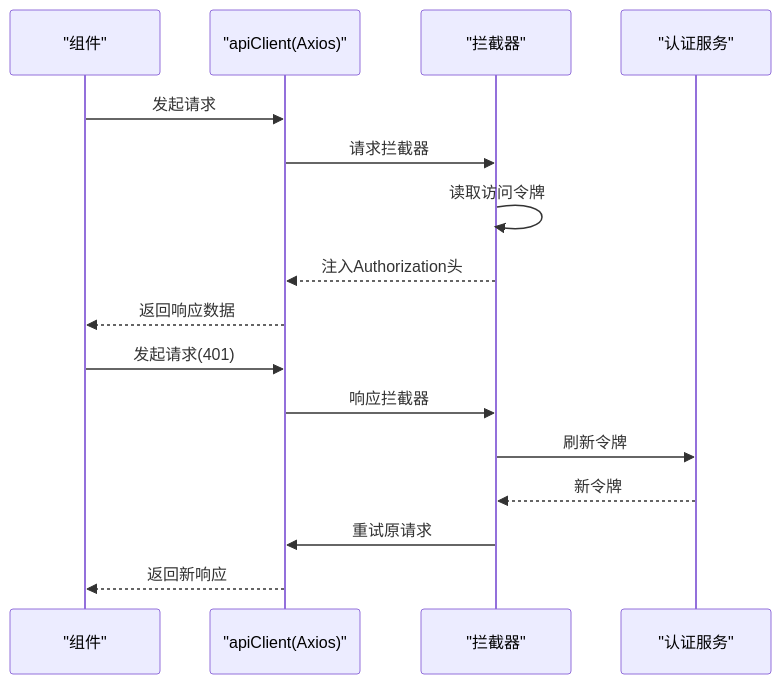
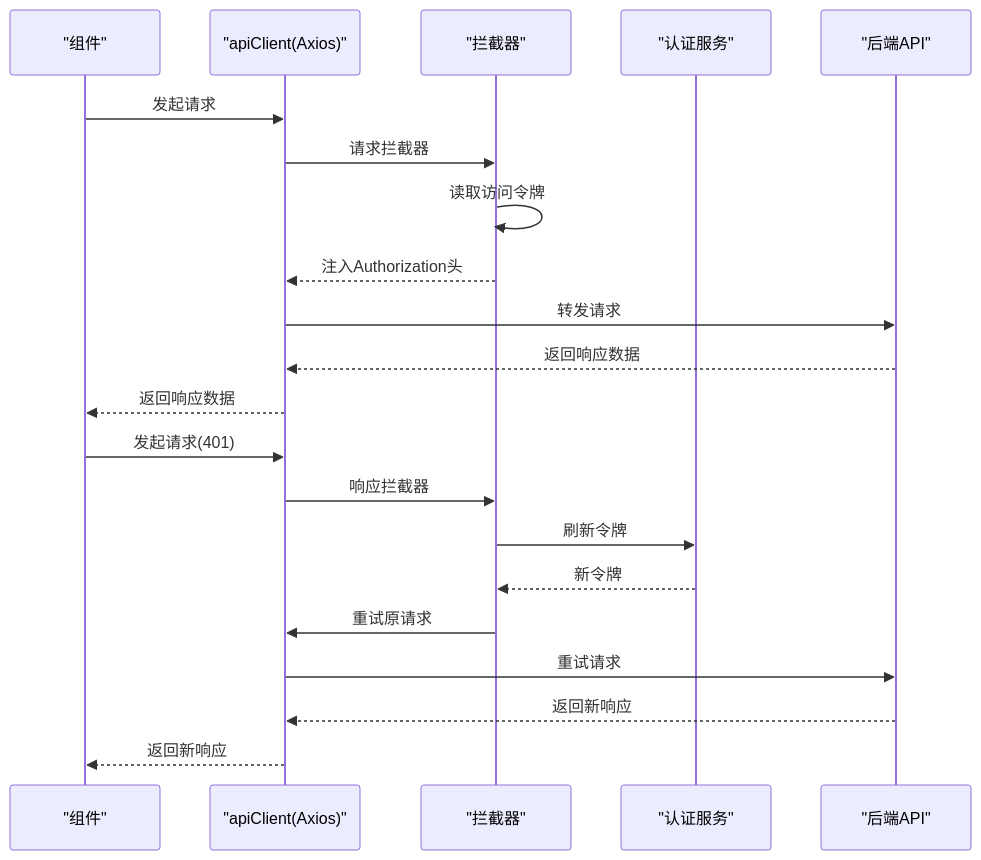
One commit to lsqwawa/free-dress changed the fifth of 7 diagrams in .qoder/repowiki/zh/content/前端开发指南/前端开发指南.md. Above: the diagram before and after it, drawn with Mermaid. The commit also changed other lines of this file and 74 other files, not shown here.

````diff
--- a/.qoder/repowiki/zh/content/前端开发指南/前端开发指南.md
+++ b/.qoder/repowiki/zh/content/前端开发指南/前端开发指南.md
@@ -236,18 +355,23 @@
 ```mermaid
 sequenceDiagram
 participant Comp as "组件"
 participant API as "apiClient(Axios)"
 participant Inter as "拦截器"
 participant Auth as "认证服务"
+participant Backend as "后端API"
 Comp->>API : 发起请求
 API->>Inter : 请求拦截器
 Inter->>Inter : 读取访问令牌
 Inter-->>API : 注入Authorization头
+API->>Backend : 转发请求
+Backend-->>API : 返回响应数据
 API-->>Comp : 返回响应数据
 Comp->>API : 发起请求(401)
 API->>Inter : 响应拦截器
 Inter->>Auth : 刷新令牌
 Auth-->>Inter : 新令牌
 Inter->>API : 重试原请求
+API->>Backend : 重试请求
+Backend-->>API : 返回新响应
 API-->>Comp : 返回新响应
 ```
````
